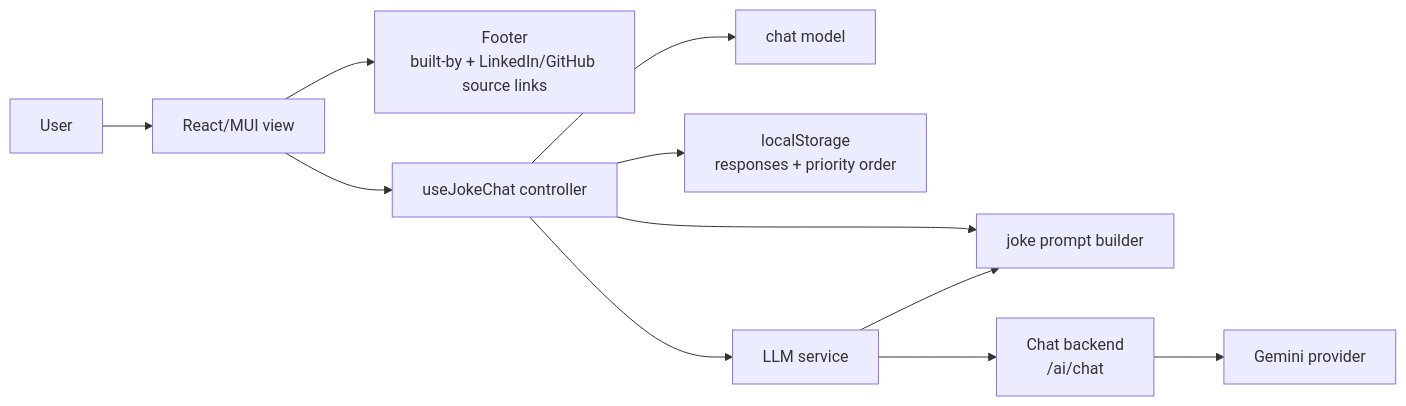
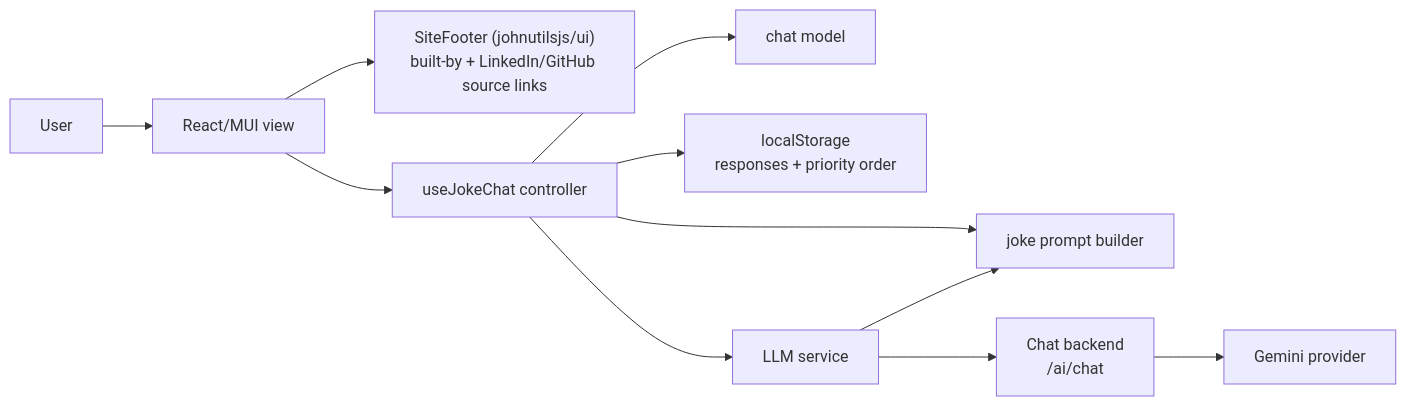
The first of 2 diagrams in architecture.md (johnpfeiffer/joker), drawn with Mermaid before and after one commit. The commit also changed other lines of this file and 5 other files, not shown here.

First line of the commit message:
feat: adopt shared SiteFooter from johnutilsjs/ui

````diff
--- a/architecture.md
+++ b/architecture.md
@@ -5,13 +5,13 @@
 ```mermaid
 flowchart LR
   U["User"] --> V["React/MUI view"]
-  V --> FOOT["Footer<br/>built-by + LinkedIn/GitHub source links"]
+  V --> FOOT["SiteFooter (johnutilsjs/ui)<br/>built-by + LinkedIn/GitHub source links"]
   V --> C["useJokeChat controller"]
   C --> M["chat model"]
   C --> P["joke prompt builder"]
   C --> S["localStorage<br/>responses + priority order"]
   C --> L["LLM service"]
   L --> P
   L --> A["Chat backend<br/>/ai/chat"]
   A --> G["Gemini provider"]
 ```
````
